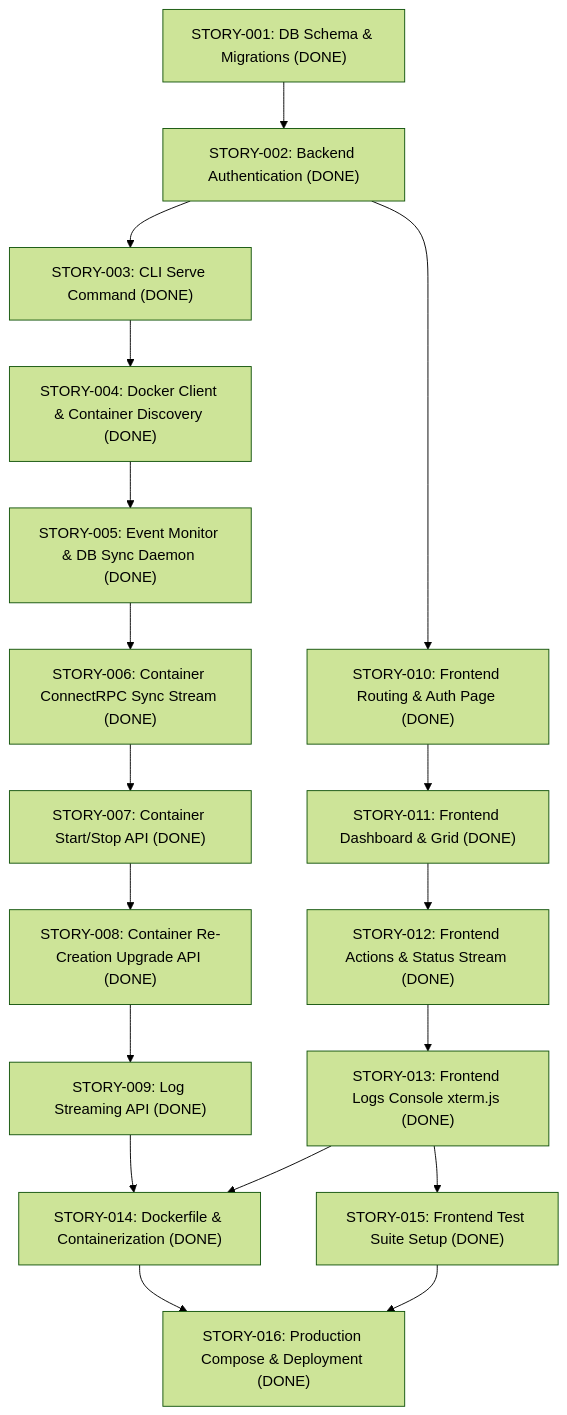
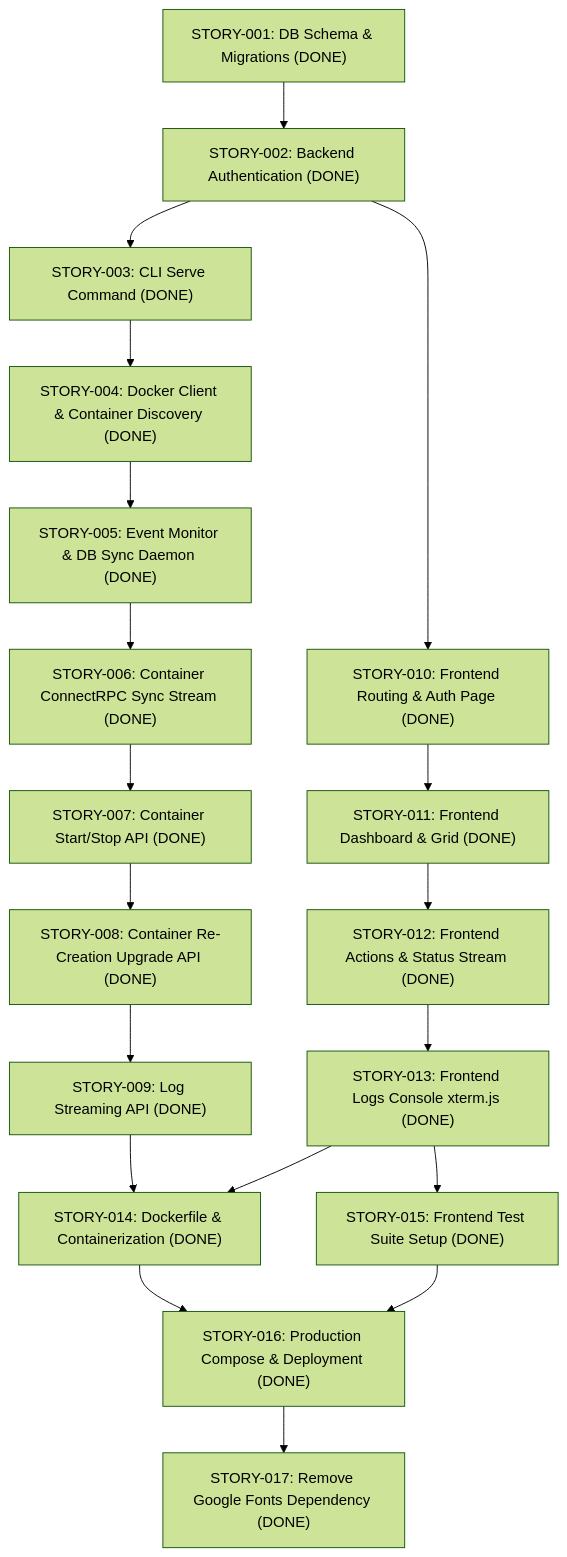
One commit to noosxe/dmanager changed the diagram in docs/stories.md. Above: the diagram before and after it, drawn with Mermaid (forest theme). The commit also changed other lines of this file and 3 other files, not shown here.

First line of the commit message:
chore: remove Google Fonts dependency and self-host fonts (#36)

````diff
--- a/docs/stories.md
+++ b/docs/stories.md
@@ -5,20 +5,21 @@
 ```mermaid
 graph TD
     S1["STORY-001: DB Schema & Migrations (DONE)"] --> S2["STORY-002: Backend Authentication (DONE)"]
     S2 --> S3["STORY-003: CLI Serve Command (DONE)"]
     S3 --> S4["STORY-004: Docker Client & Container Discovery (DONE)"]
     S4 --> S5["STORY-005: Event Monitor & DB Sync Daemon (DONE)"]
     S5 --> S6["STORY-006: Container ConnectRPC Sync Stream (DONE)"]
     S6 --> S7["STORY-007: Container Start/Stop API (DONE)"]
     S7 --> S8["STORY-008: Container Re-Creation Upgrade API (DONE)"]
     S8 --> S9["STORY-009: Log Streaming API (DONE)"]
     S2 --> F1["STORY-010: Frontend Routing & Auth Page (DONE)"]
     F1 --> F2["STORY-011: Frontend Dashboard & Grid (DONE)"]
     F2 --> F3["STORY-012: Frontend Actions & Status Stream (DONE)"]
     F3 --> F4["STORY-013: Frontend Logs Console xterm.js (DONE)"]
     S9 --> S14["STORY-014: Dockerfile & Containerization (DONE)"]
     F4 --> S14
     F4 --> F5["STORY-015: Frontend Test Suite Setup (DONE)"]
     S14 --> S16["STORY-016: Production Compose & Deployment (DONE)"]
     F5 --> S16
+    S16 --> F17["STORY-017: Remove Google Fonts Dependency (DONE)"]
 ```
````
